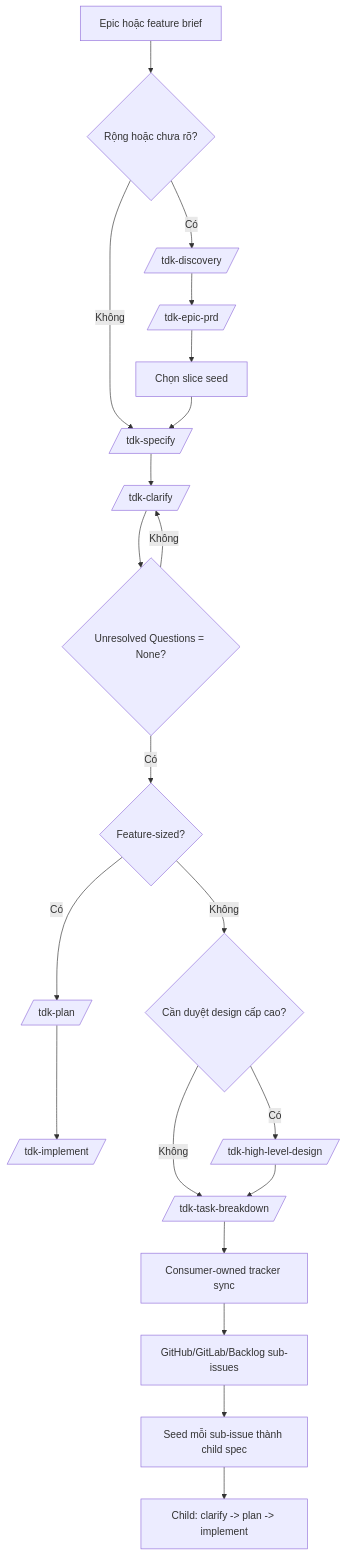
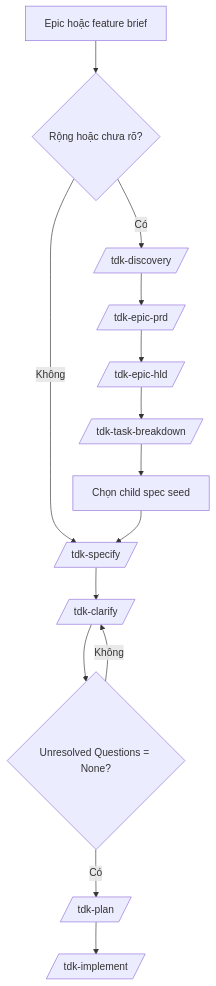
The diagram in .specify/docs/vi/guides/epic-start-guide.md (vinhltt/tdk), drawn with Mermaid before and after one commit. The commit also changed other lines of this file and 58 other files, not shown here.

````diff
--- a/.specify/docs/vi/guides/epic-start-guide.md
+++ b/.specify/docs/vi/guides/epic-start-guide.md
@@ -63,23 +64,16 @@
 ```mermaid
 flowchart TD
     A[Epic hoặc feature brief] --> B{Rộng hoặc chưa rõ?}
     B -->|Có| C[/tdk-discovery/]
     B -->|Không| D[/tdk-specify/]
     C --> R[/tdk-epic-prd/]
-    R --> X[Chọn slice seed]
+    R --> H[/tdk-epic-hld/]
+    H --> I[/tdk-task-breakdown/]
+    I --> X[Chọn child spec seed]
     X --> D
     D --> E[/tdk-clarify/]
     E --> F{Unresolved Questions = None?}
     F -->|Không| E
-    F -->|Có| S{Feature-sized?}
-    S -->|Có| P[/tdk-plan/]
+    F -->|Có| P[/tdk-plan/]
     P --> Q[/tdk-implement/]
-    S -->|Không| G{Cần duyệt design cấp cao?}
-    G -->|Có| H[/tdk-high-level-design/]
-    G -->|Không| I[/tdk-task-breakdown/]
-    H --> I
-    I --> J[Consumer-owned tracker sync]
-    J --> K[GitHub/GitLab/Backlog sub-issues]
-    K --> L[Seed mỗi sub-issue thành child spec]
-    L --> M[Child: clarify -> plan -> implement]
 ```
````
